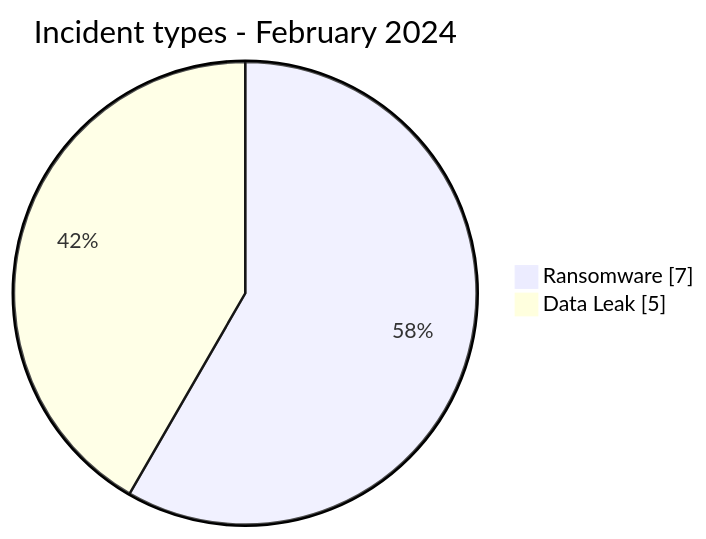
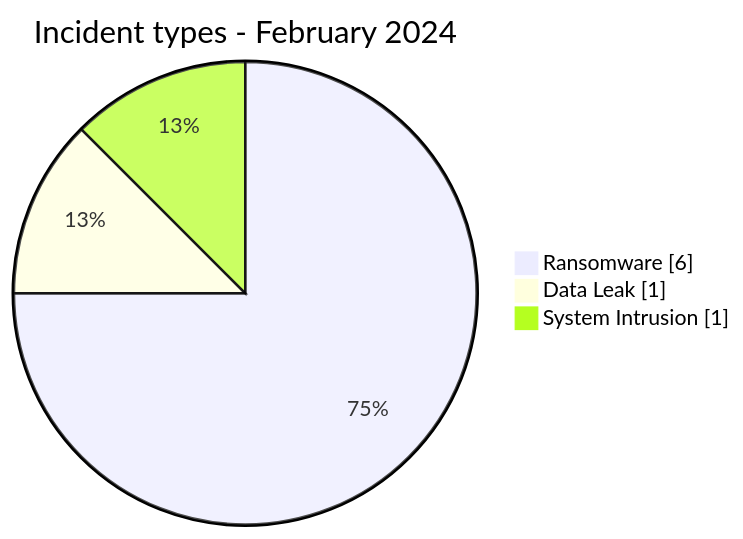
One commit to Hatchepsoute/AFRINTEL changed the first of 2 diagrams in CyberAttackAfrica/2024/02-february/README.md. Above: the diagram before and after it, drawn with Mermaid. The commit also changed other lines of this file and 66 other files, not shown here.

````diff
--- a/CyberAttackAfrica/2024/02-february/README.md
+++ b/CyberAttackAfrica/2024/02-february/README.md
@@ -52,6 +51,7 @@
 ```mermaid
 pie showData
     title Incident types - February 2024
-    "Ransomware" : 7
-    "Data Leak" : 5
+    "Ransomware" : 6
+    "Data Leak" : 1
+    "System Intrusion" : 1
 ```
````
